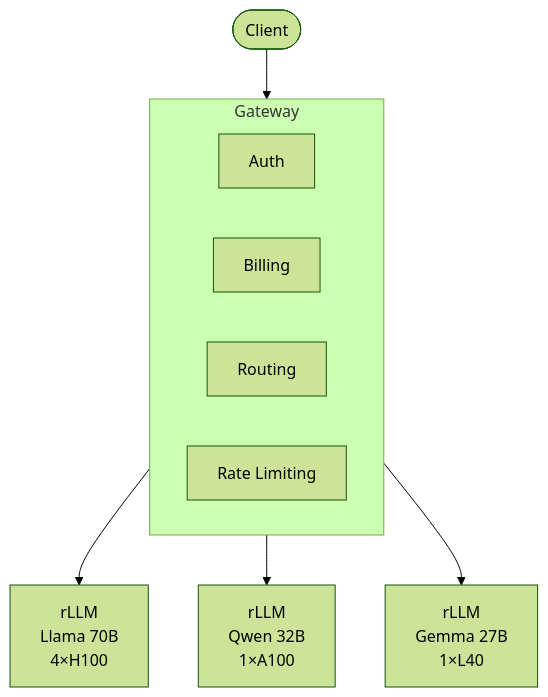
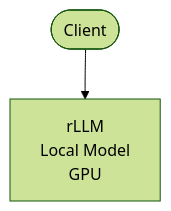
One commit to JonCooperWorks/rLLM changed the first of 11 diagrams in docs/production-considerations.md. Above: the diagram before and after it, drawn with Mermaid (forest theme). The commit also changed other lines of this file and 1 other file, not shown here.

First line of the commit message:
Remove auth/gateway references from docs

````diff
--- a/docs/production-considerations.md
+++ b/docs/production-considerations.md
@@ -16,15 +16,4 @@
 ```mermaid
 graph TD
-    Client([Client]) --> Gateway
-
-    subgraph Gateway[Gateway]
-        Auth[Auth]
-        Billing[Billing]
-        Routing[Routing]
-        RateLimit[Rate Limiting]
-    end
-
-    Gateway --> A["rLLM<br/>Llama 70B<br/>4×H100"]
-    Gateway --> B["rLLM<br/>Qwen 32B<br/>1×A100"]
-    Gateway --> C["rLLM<br/>Gemma 27B<br/>1×L40"]
+    Client([Client]) --> A["rLLM<br/>Local Model<br/>GPU"]
 ```
````
